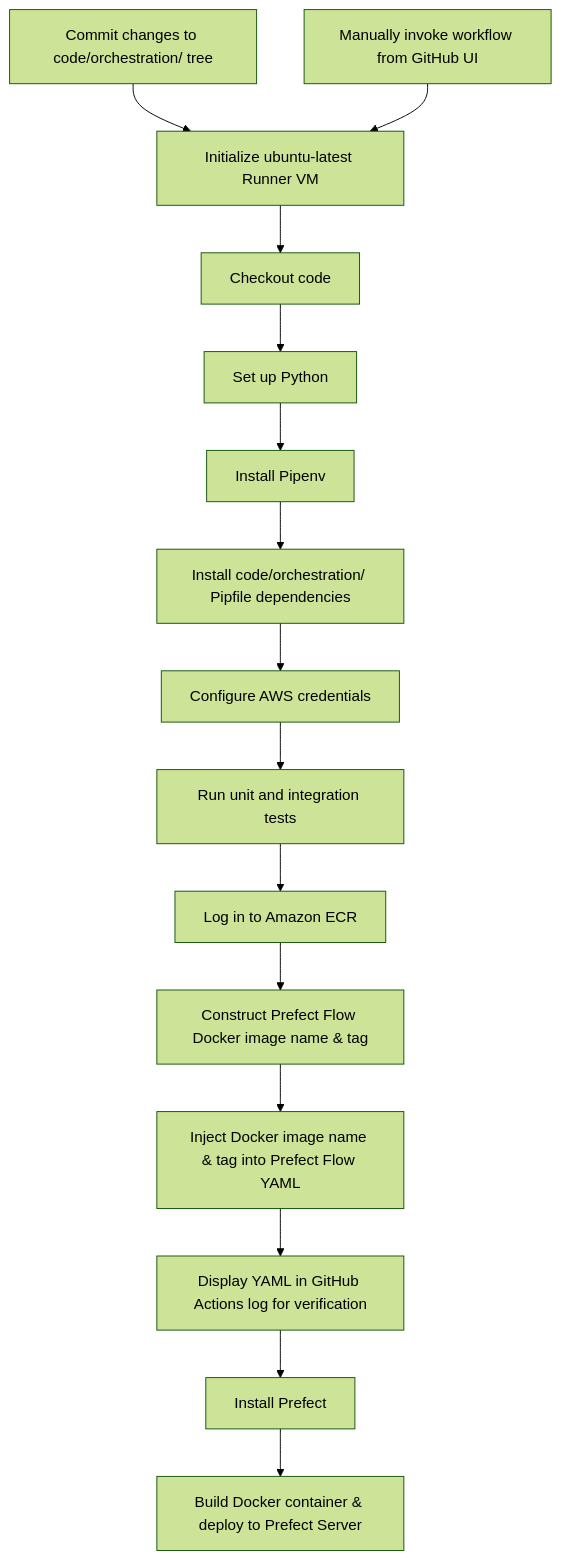
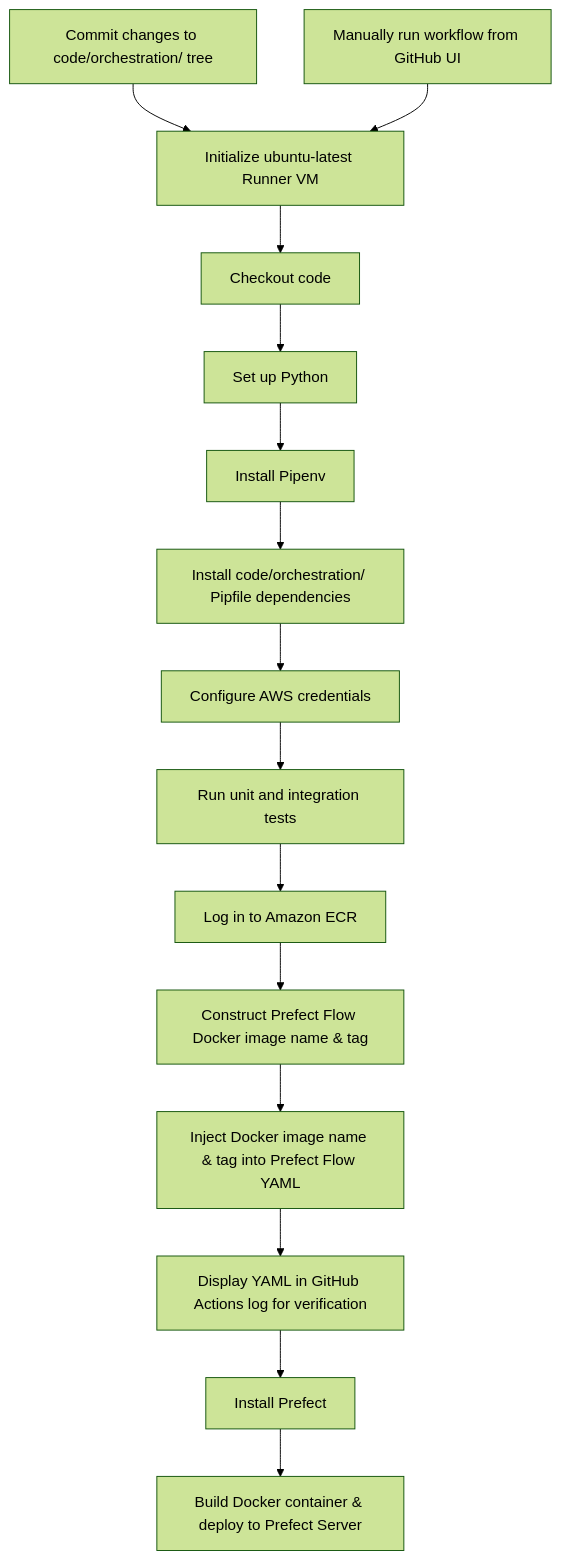
The third of 3 diagrams in README.md (paultongyoo/churn-model-evaluation-platform), drawn with Mermaid (forest theme) before and after one commit.

````diff
--- a/README.md
+++ b/README.md
@@ -480,21 +480,21 @@
 ```mermaid
 flowchart TD
     A[Commit changes to code/orchestration/ tree]
-    B[Manually invoke workflow from GitHub UI]
+    B[Manually run workflow from GitHub UI]
     C[Initialize ubuntu-latest Runner VM]
     D[Checkout code]
     E[Set up Python]
     F[Install Pipenv]
     G[Install code/orchestration/ Pipfile dependencies]
     H[Configure AWS credentials]
     I[Run unit and integration tests]
     J[Log in to Amazon ECR]
     K[Construct Prefect Flow Docker image name & tag]
     L[Inject Docker image name & tag into Prefect Flow YAML]
     M[Display YAML in GitHub Actions log for verification]
     N[Install Prefect]
     O[Build Docker container & deploy to Prefect Server]
     A-->C;
     B-->C;
     C-->D-->E-->F-->G-->H-->I-->J-->K-->L-->M-->N-->O;
 ```
````
